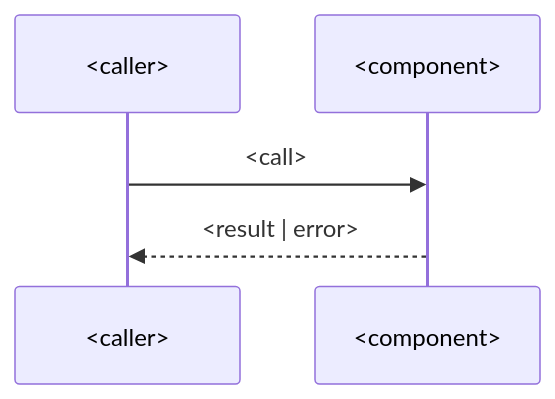
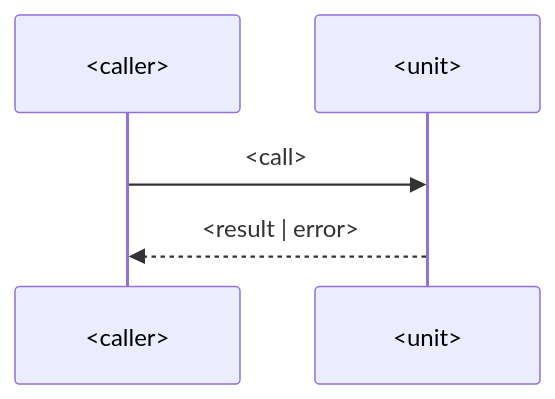
One commit to SimonWang9610/my-claude changed the third of 3 diagrams in plugins/my-workflow/skills/spec-design/assets/design.md. Above: the diagram before and after it, drawn with Mermaid. The commit also changed other lines of this file and 45 other files, not shown here.

````diff
--- a/plugins/my-workflow/skills/spec-design/assets/design.md
+++ b/plugins/my-workflow/skills/spec-design/assets/design.md
@@ -49,7 +61,7 @@
 ```mermaid
 sequenceDiagram
   participant A as <caller>
-  participant B as <component>
+  participant B as <unit>
   A->>B: <call>
   B-->>A: <result | error>
 ```
````
